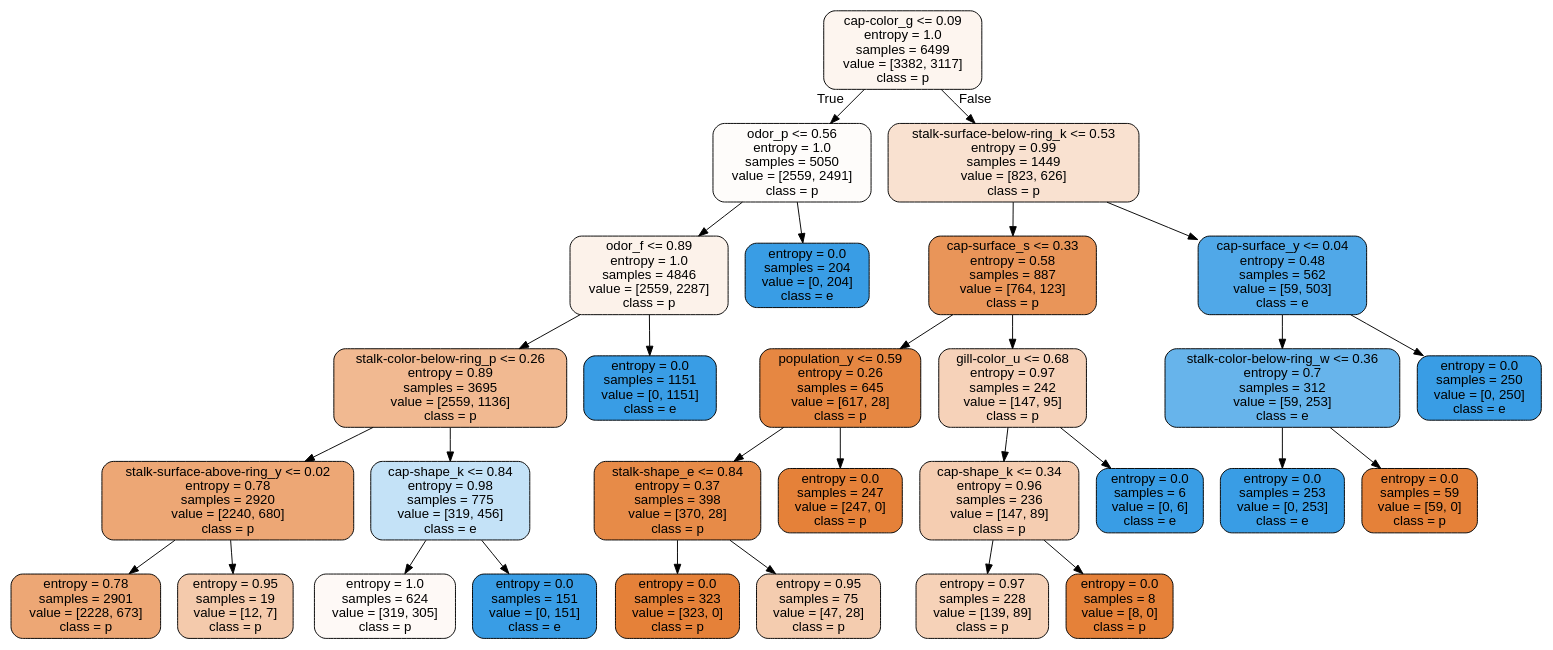
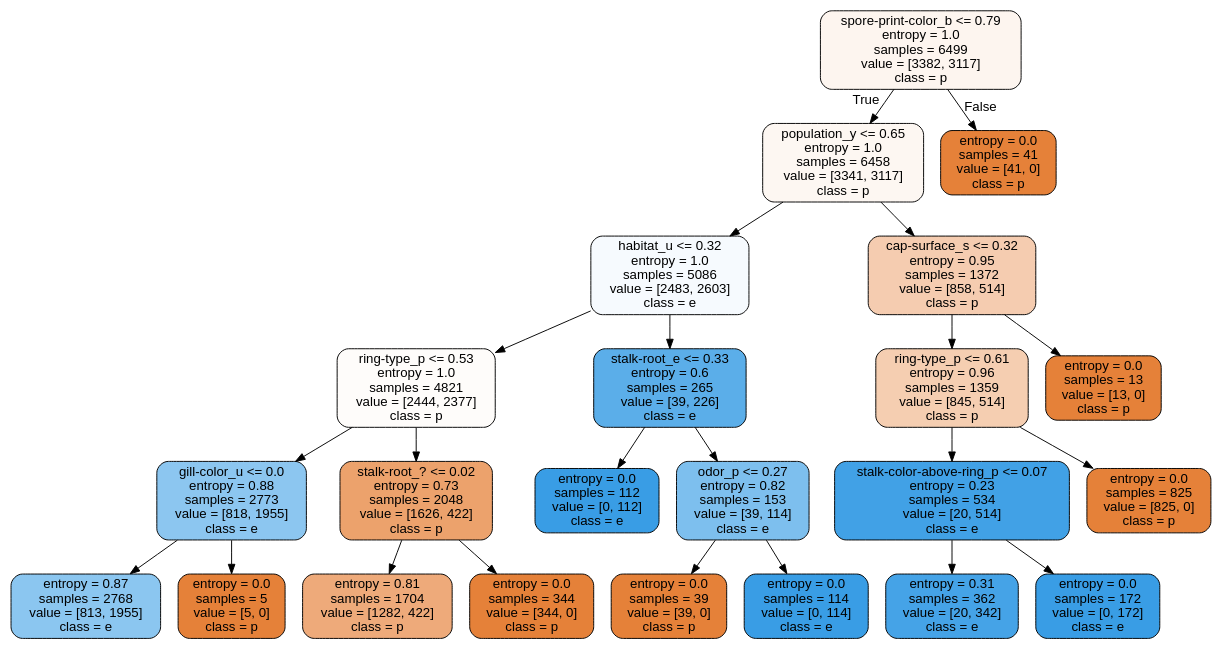
Before and after one commit to radroid/ml-algorithms-assignments: the diagram in decision_trees_assignment_4/notebooks/tree2.dot, drawn with Graphviz. The commit also changed 3 other files, not shown here.

```diff
--- a/decision_trees_assignment_4/notebooks/tree2.dot
+++ b/decision_trees_assignment_4/notebooks/tree2.dot
@@ -1,61 +1,49 @@
 digraph Tree {
 node [shape=box, style="filled, rounded", color="black", fontname=helvetica] ;
 edge [fontname=helvetica] ;
-0 [label="cap-color_g <= 0.09\nentropy = 1.0\nsamples = 6499\nvalue = [3382, 3117]\nclass = p", fillcolor="#fdf5ef"] ;
-1 [label="odor_p <= 0.56\nentropy = 1.0\nsamples = 5050\nvalue = [2559, 2491]\nclass = p", fillcolor="#fefcfa"] ;
+0 [label="spore-print-color_b <= 0.79\nentropy = 1.0\nsamples = 6499\nvalue = [3382, 3117]\nclass = p", fillcolor="#fdf5ef"] ;
+1 [label="population_y <= 0.65\nentropy = 1.0\nsamples = 6458\nvalue = [3341, 3117]\nclass = p", fillcolor="#fdf7f2"] ;
 0 -> 1 [labeldistance=2.5, labelangle=45, headlabel="True"] ;
-2 [label="odor_f <= 0.89\nentropy = 1.0\nsamples = 4846\nvalue = [2559, 2287]\nclass = p", fillcolor="#fcf2ea"] ;
+2 [label="habitat_u <= 0.32\nentropy = 1.0\nsamples = 5086\nvalue = [2483, 2603]\nclass = e", fillcolor="#f6fafe"] ;
 1 -> 2 ;
-3 [label="stalk-color-below-ring_p <= 0.26\nentropy = 0.89\nsamples = 3695\nvalue = [2559, 1136]\nclass = p", fillcolor="#f1b991"] ;
+3 [label="ring-type_p <= 0.53\nentropy = 1.0\nsamples = 4821\nvalue = [2444, 2377]\nclass = p", fillcolor="#fefcfa"] ;
 2 -> 3 ;
-4 [label="stalk-surface-above-ring_y <= 0.02\nentropy = 0.78\nsamples = 2920\nvalue = [2240, 680]\nclass = p", fillcolor="#eda775"] ;
+4 [label="gill-color_u <= 0.0\nentropy = 0.88\nsamples = 2773\nvalue = [818, 1955]\nclass = e", fillcolor="#8cc6f0"] ;
 3 -> 4 ;
-5 [label="entropy = 0.78\nsamples = 2901\nvalue = [2228, 673]\nclass = p", fillcolor="#eda775"] ;
+5 [label="entropy = 0.87\nsamples = 2768\nvalue = [813, 1955]\nclass = e", fillcolor="#8bc6f0"] ;
 4 -> 5 ;
-6 [label="entropy = 0.95\nsamples = 19\nvalue = [12, 7]\nclass = p", fillcolor="#f4caac"] ;
+6 [label="entropy = 0.0\nsamples = 5\nvalue = [5, 0]\nclass = p", fillcolor="#e58139"] ;
 4 -> 6 ;
-7 [label="cap-shape_k <= 0.84\nentropy = 0.98\nsamples = 775\nvalue = [319, 456]\nclass = e", fillcolor="#c4e2f7"] ;
+7 [label="stalk-root_? <= 0.02\nentropy = 0.73\nsamples = 2048\nvalue = [1626, 422]\nclass = p", fillcolor="#eca26c"] ;
 3 -> 7 ;
-8 [label="entropy = 1.0\nsamples = 624\nvalue = [319, 305]\nclass = p", fillcolor="#fef9f6"] ;
+8 [label="entropy = 0.81\nsamples = 1704\nvalue = [1282, 422]\nclass = p", fillcolor="#eeaa7a"] ;
 7 -> 8 ;
-9 [label="entropy = 0.0\nsamples = 151\nvalue = [0, 151]\nclass = e", fillcolor="#399de5"] ;
+9 [label="entropy = 0.0\nsamples = 344\nvalue = [344, 0]\nclass = p", fillcolor="#e58139"] ;
 7 -> 9 ;
-10 [label="entropy = 0.0\nsamples = 1151\nvalue = [0, 1151]\nclass = e", fillcolor="#399de5"] ;
+10 [label="stalk-root_e <= 0.33\nentropy = 0.6\nsamples = 265\nvalue = [39, 226]\nclass = e", fillcolor="#5baee9"] ;
 2 -> 10 ;
-11 [label="entropy = 0.0\nsamples = 204\nvalue = [0, 204]\nclass = e", fillcolor="#399de5"] ;
-1 -> 11 ;
-12 [label="stalk-surface-below-ring_k <= 0.53\nentropy = 0.99\nsamples = 1449\nvalue = [823, 626]\nclass = p", fillcolor="#f9e1d0"] ;
-0 -> 12 [labeldistance=2.5, labelangle=-45, headlabel="False"] ;
-13 [label="cap-surface_s <= 0.33\nentropy = 0.58\nsamples = 887\nvalue = [764, 123]\nclass = p", fillcolor="#e99559"] ;
+11 [label="entropy = 0.0\nsamples = 112\nvalue = [0, 112]\nclass = e", fillcolor="#399de5"] ;
+10 -> 11 ;
+12 [label="odor_p <= 0.27\nentropy = 0.82\nsamples = 153\nvalue = [39, 114]\nclass = e", fillcolor="#7dbfee"] ;
+10 -> 12 ;
+13 [label="entropy = 0.0\nsamples = 39\nvalue = [39, 0]\nclass = p", fillcolor="#e58139"] ;
 12 -> 13 ;
-14 [label="population_y <= 0.59\nentropy = 0.26\nsamples = 645\nvalue = [617, 28]\nclass = p", fillcolor="#e68742"] ;
-13 -> 14 ;
-15 [label="stalk-shape_e <= 0.84\nentropy = 0.37\nsamples = 398\nvalue = [370, 28]\nclass = p", fillcolor="#e78b48"] ;
-14 -> 15 ;
-16 [label="entropy = 0.0\nsamples = 323\nvalue = [323, 0]\nclass = p", fillcolor="#e58139"] ;
+14 [label="entropy = 0.0\nsamples = 114\nvalue = [0, 114]\nclass = e", fillcolor="#399de5"] ;
+12 -> 14 ;
+15 [label="cap-surface_s <= 0.32\nentropy = 0.95\nsamples = 1372\nvalue = [858, 514]\nclass = p", fillcolor="#f5ccb0"] ;
+1 -> 15 ;
+16 [label="ring-type_p <= 0.61\nentropy = 0.96\nsamples = 1359\nvalue = [845, 514]\nclass = p", fillcolor="#f5ceb1"] ;
 15 -> 16 ;
-17 [label="entropy = 0.95\nsamples = 75\nvalue = [47, 28]\nclass = p", fillcolor="#f4ccaf"] ;
-15 -> 17 ;
-18 [label="entropy = 0.0\nsamples = 247\nvalue = [247, 0]\nclass = p", fillcolor="#e58139"] ;
-14 -> 18 ;
-19 [label="gill-color_u <= 0.68\nentropy = 0.97\nsamples = 242\nvalue = [147, 95]\nclass = p", fillcolor="#f6d2b9"] ;
-13 -> 19 ;
-20 [label="cap-shape_k <= 0.34\nentropy = 0.96\nsamples = 236\nvalue = [147, 89]\nclass = p", fillcolor="#f5cdb1"] ;
-19 -> 20 ;
-21 [label="entropy = 0.97\nsamples = 228\nvalue = [139, 89]\nclass = p", fillcolor="#f6d2b8"] ;
-20 -> 21 ;
-22 [label="entropy = 0.0\nsamples = 8\nvalue = [8, 0]\nclass = p", fillcolor="#e58139"] ;
-20 -> 22 ;
-23 [label="entropy = 0.0\nsamples = 6\nvalue = [0, 6]\nclass = e", fillcolor="#399de5"] ;
-19 -> 23 ;
-24 [label="cap-surface_y <= 0.04\nentropy = 0.48\nsamples = 562\nvalue = [59, 503]\nclass = e", fillcolor="#50a8e8"] ;
-12 -> 24 ;
-25 [label="stalk-color-below-ring_w <= 0.36\nentropy = 0.7\nsamples = 312\nvalue = [59, 253]\nclass = e", fillcolor="#67b4eb"] ;
-24 -> 25 ;
-26 [label="entropy = 0.0\nsamples = 253\nvalue = [0, 253]\nclass = e", fillcolor="#399de5"] ;
-25 -> 26 ;
-27 [label="entropy = 0.0\nsamples = 59\nvalue = [59, 0]\nclass = p", fillcolor="#e58139"] ;
-25 -> 27 ;
-28 [label="entropy = 0.0\nsamples = 250\nvalue = [0, 250]\nclass = e", fillcolor="#399de5"] ;
-24 -> 28 ;
+17 [label="stalk-color-above-ring_p <= 0.07\nentropy = 0.23\nsamples = 534\nvalue = [20, 514]\nclass = e", fillcolor="#41a1e6"] ;
+16 -> 17 ;
+18 [label="entropy = 0.31\nsamples = 362\nvalue = [20, 342]\nclass = e", fillcolor="#45a3e7"] ;
+17 -> 18 ;
+19 [label="entropy = 0.0\nsamples = 172\nvalue = [0, 172]\nclass = e", fillcolor="#399de5"] ;
+17 -> 19 ;
+20 [label="entropy = 0.0\nsamples = 825\nvalue = [825, 0]\nclass = p", fillcolor="#e58139"] ;
+16 -> 20 ;
+21 [label="entropy = 0.0\nsamples = 13\nvalue = [13, 0]\nclass = p", fillcolor="#e58139"] ;
+15 -> 21 ;
+22 [label="entropy = 0.0\nsamples = 41\nvalue = [41, 0]\nclass = p", fillcolor="#e58139"] ;
+0 -> 22 [labeldistance=2.5, labelangle=-45, headlabel="False"] ;
 }
```
